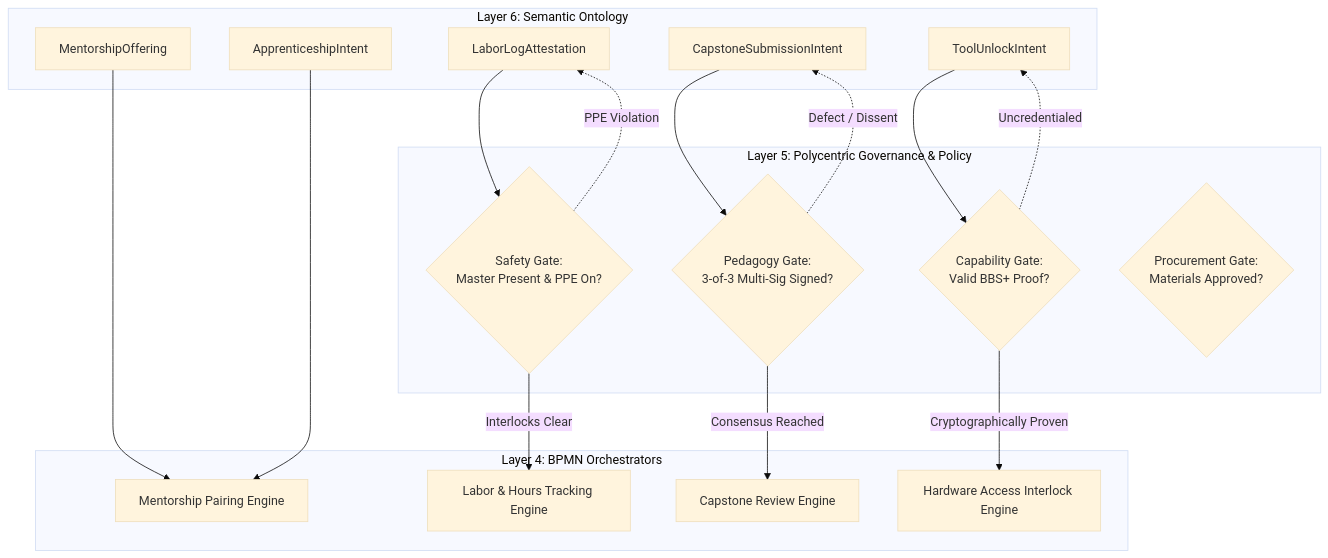
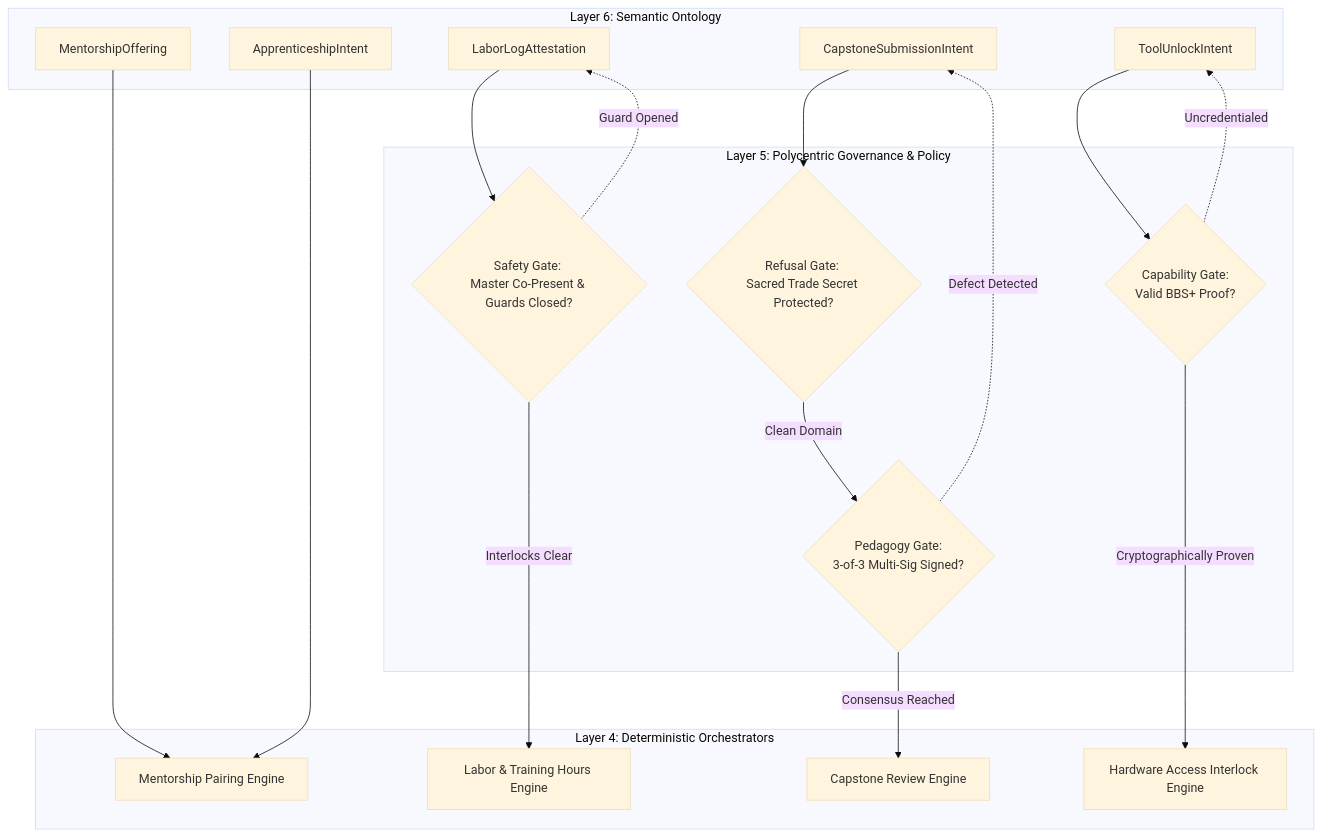
Before and after one commit to raffaine/collective: the third of 4 diagrams in docs/scenarios/kappa_apprenticeship.md, drawn with Mermaid (base theme). The commit also changed other lines of this file and 23 other files, not shown here.

````diff
--- a/docs/scenarios/kappa_apprenticeship.md
+++ b/docs/scenarios/kappa_apprenticeship.md
@@ -113,40 +143,41 @@
 ```mermaid
 graph TD
     subgraph Layer 6: Semantic Ontology
         L6_Offer[MentorshipOffering]
         L6_Apply[ApprenticeshipIntent]
         L6_Cap[CapstoneSubmissionIntent]
         L6_Unlock[ToolUnlockIntent]
         L6_Log[LaborLogAttestation]
     end
 
     subgraph Layer 5: Polycentric Governance & Policy
-        P_Safety{Safety Gate: <br>Master Present & PPE On?}
+        P_Safety{Safety Gate: <br>Master Co-Present & Guards Closed?}
         P_Pedagogy{Pedagogy Gate: <br>3-of-3 Multi-Sig Signed?}
         P_ZKP{Capability Gate: <br>Valid BBS+ Proof?}
-        P_Proc{Procurement Gate: <br>Materials Approved?}
+        P_Refusal{Refusal Gate: <br>Sacred Trade Secret Protected?}
     end
 
-    subgraph Layer 4: BPMN Orchestrators
+    subgraph Layer 4: Deterministic Orchestrators
         BPMN_Match[Mentorship Pairing Engine]
-        BPMN_Track[Labor & Hours Tracking Engine]
+        BPMN_Track[Labor & Training Hours Engine]
         BPMN_Cap[Capstone Review Engine]
         BPMN_Actuate[Hardware Access Interlock Engine]
     end
 
     %% Routing
     L6_Offer --> BPMN_Match
     L6_Apply --> BPMN_Match
-    
+
     L6_Log --> P_Safety
     P_Safety -->|Interlocks Clear| BPMN_Track
-    P_Safety -.->|PPE Violation| L6_Log
+    P_Safety -.->|Guard Opened| L6_Log
 
-    L6_Cap --> P_Pedagogy
+    L6_Cap --> P_Refusal
+    P_Refusal -->|Clean Domain| P_Pedagogy
     P_Pedagogy -->|Consensus Reached| BPMN_Cap
-    P_Pedagogy -.->|Defect / Dissent| L6_Cap
+    P_Pedagogy -.->|Defect Detected| L6_Cap
 
     L6_Unlock --> P_ZKP
     P_ZKP -->|Cryptographically Proven| BPMN_Actuate
     P_ZKP -.->|Uncredentialed| L6_Unlock
 ```
````
